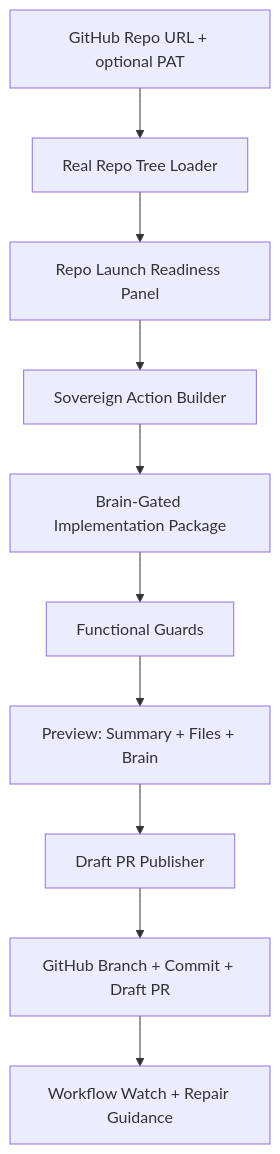
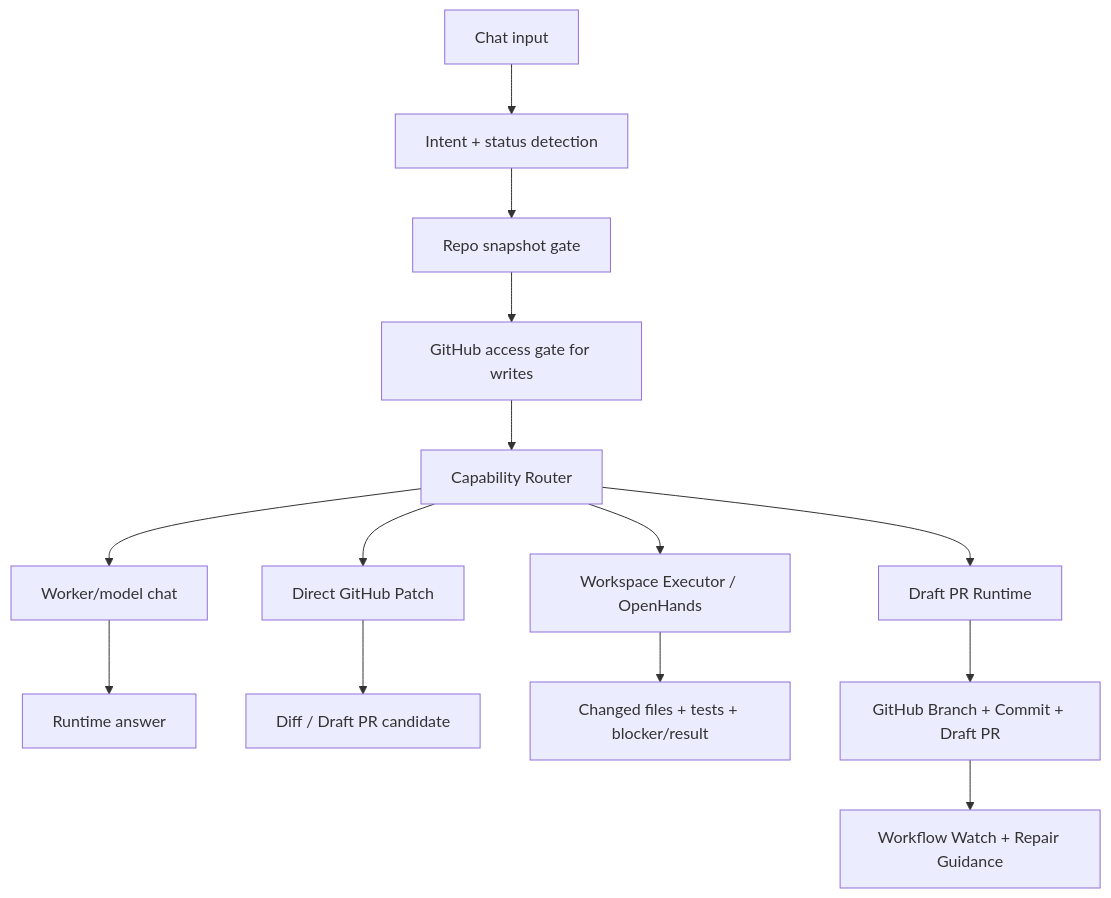
The diagram in README.md (OuroborosCollective/Sovereign-Studio-ato), drawn with Mermaid before and after one commit. The commit also changed other lines of this file, not shown here.

Commit message:
docs: align README with chat-first runtime truth

````diff
--- a/README.md
+++ b/README.md
@@ -41,12 +83,16 @@
 ```mermaid
 graph TD
-    A[GitHub Repo URL + optional PAT] --> B[Real Repo Tree Loader]
-    B --> C[Repo Launch Readiness Panel]
-    C --> D[Sovereign Action Builder]
-    D --> E[Brain-Gated Implementation Package]
-    E --> F[Functional Guards]
-    F --> G[Preview: Summary + Files + Brain]
-    G --> H[Draft PR Publisher]
-    H --> I[GitHub Branch + Commit + Draft PR]
-    I --> J[Workflow Watch + Repair Guidance]
+    A[Chat input] --> B[Intent + status detection]
+    B --> C[Repo snapshot gate]
+    C --> D[GitHub access gate for writes]
+    D --> E[Capability Router]
+    E --> F[Worker/model chat]
+    E --> G[Direct GitHub Patch]
+    E --> H[Workspace Executor / OpenHands]
+    E --> I[Draft PR Runtime]
+    F --> J[Runtime answer]
+    G --> K[Diff / Draft PR candidate]
+    H --> L[Changed files + tests + blocker/result]
+    I --> M[GitHub Branch + Commit + Draft PR]
+    M --> N[Workflow Watch + Repair Guidance]
 ```
````
